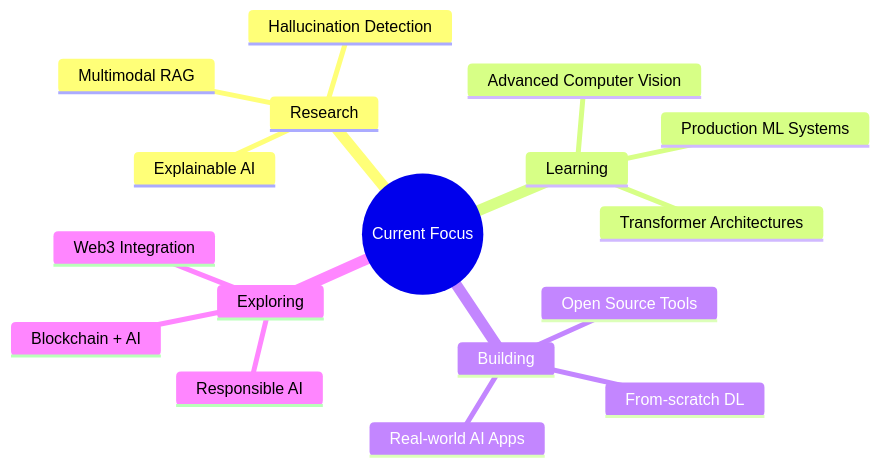
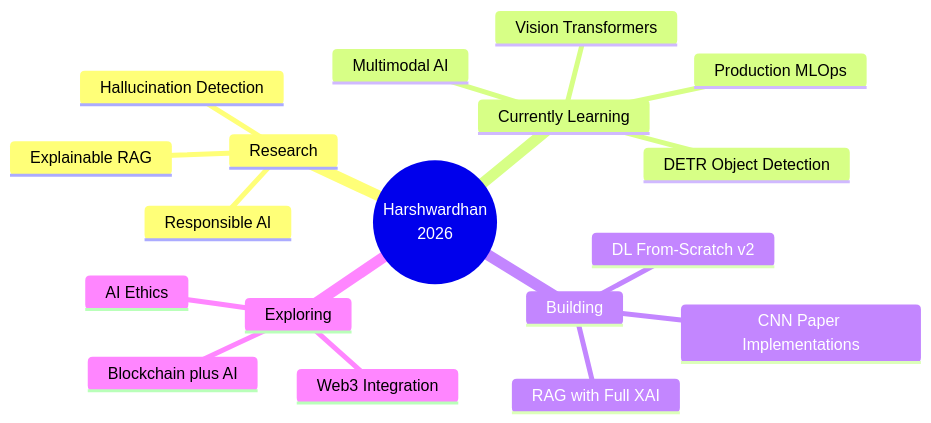
One commit to Eleutherian13/Eleutherian13 changed the diagram in README.md. Above: the diagram before and after it, drawn with Mermaid. The commit also changed other lines of this file, not shown here.

````diff
--- a/README.md
+++ b/README.md
@@ -298,20 +434,22 @@
 ```mermaid
 mindmap
-  root((Current Focus))
+  root(("Harshwardhan
+  2026"))
     Research
-      Explainable AI
       Hallucination Detection
-      Multimodal RAG
-    Learning
-      Advanced Computer Vision
-      Transformer Architectures
-      Production ML Systems
+      Explainable RAG
+      Responsible AI
+    Currently Learning
+      Vision Transformers
+      DETR Object Detection
+      Multimodal AI
+      Production MLOps
     Building
-      From-scratch DL
-      Real-world AI Apps
-      Open Source Tools
+      DL From-Scratch v2
+      RAG with Full XAI
+      CNN Paper Implementations
     Exploring
-      Blockchain + AI
+      Blockchain plus AI
       Web3 Integration
-      Responsible AI
+      AI Ethics
 ```
````
